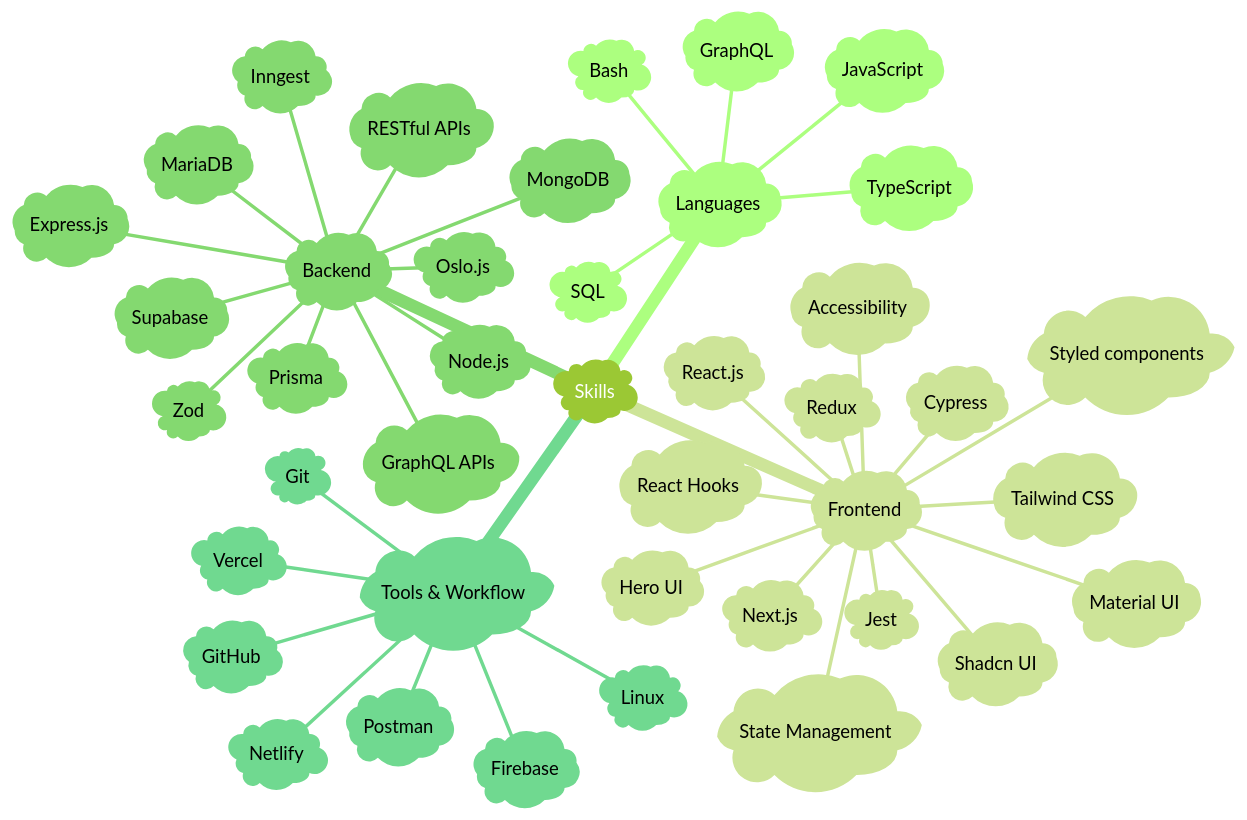
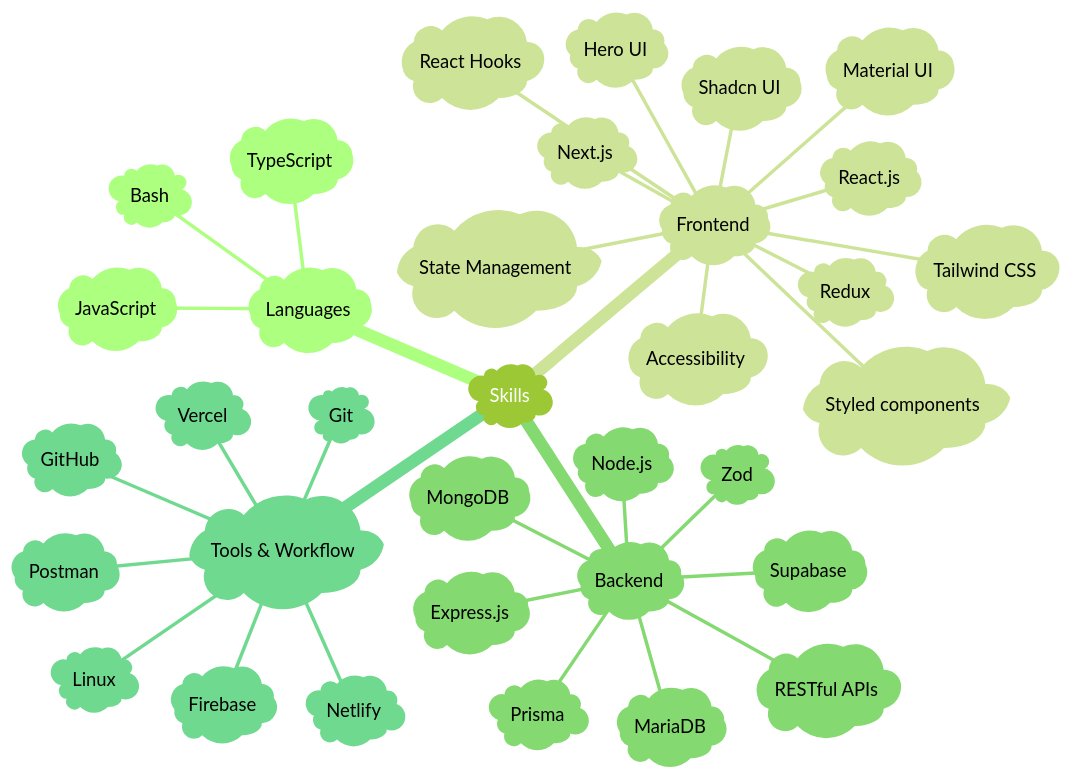
Before and after one commit to shantoopaul/shantoopaul: the diagram in README.md, drawn with Mermaid. The commit also changed other lines of this file, not shown here.

Commit message:
Revise README to update developer role and skills

````diff
--- a/README.md
+++ b/README.md
@@ -33,48 +33,41 @@
 ```mermaid
 ---
 config:
   theme: 'forest'
 ---
 mindmap
     root)Skills(
         )Languages(
             )JavaScript(
             )TypeScript(
-            )GraphQL(
-            )SQL(
             )Bash(
         )Frontend(
             )React.js(
             )Next.js(
             )Redux(
             )React Hooks(
             )State Management(
             )Tailwind CSS(
             )Material UI(
             )Styled components(
             )Shadcn UI(            
             )Hero UI(
-            )Jest(
-            )Cypress(
             )Accessibility(
         )Backend(
             )Node.js(
             )Express.js(
             )Zod(
-            )Oslo.js(
             )Prisma(
-            )Inngest(
             )MongoDB(
             )MariaDB(
             )Supabase(
-            )GraphQL APIs(
             )RESTful APIs(
         )Tools & Workflow(
             )Git(
             )GitHub(
             )Postman(
             )Vercel(
             )Netlify(
             )Firebase(
             )Linux(
 ```
````
